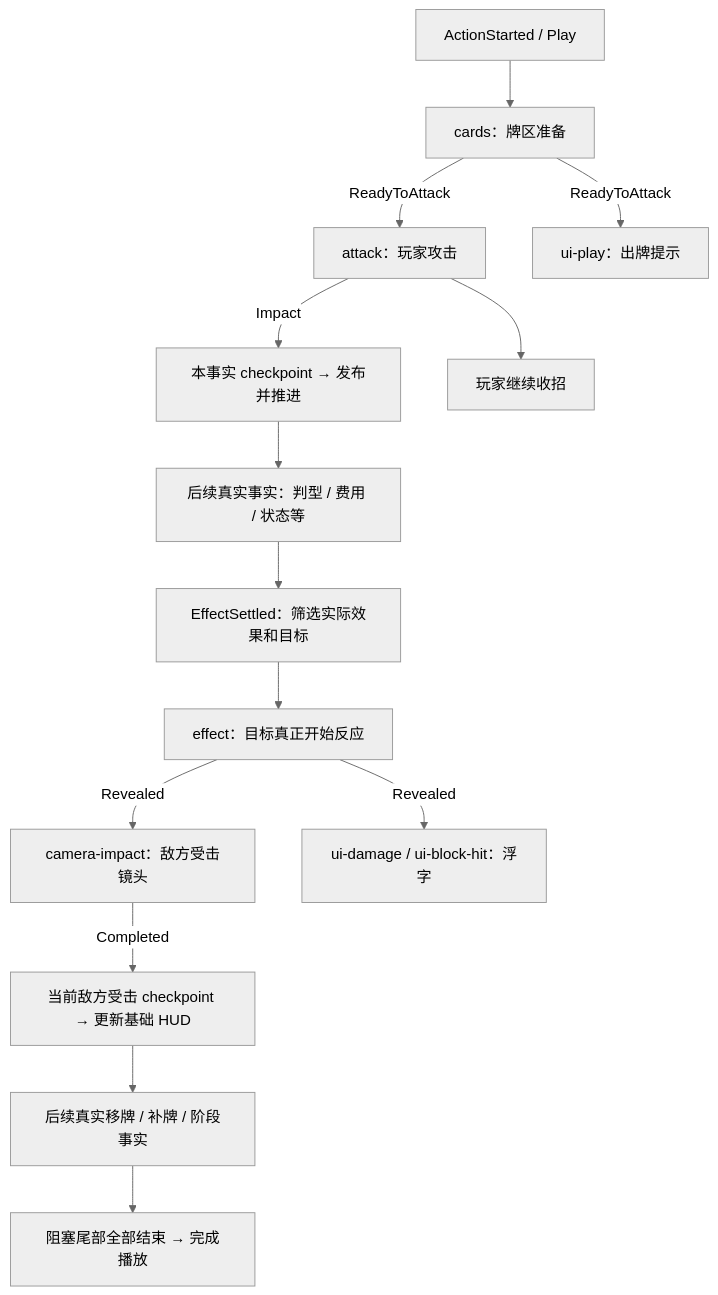
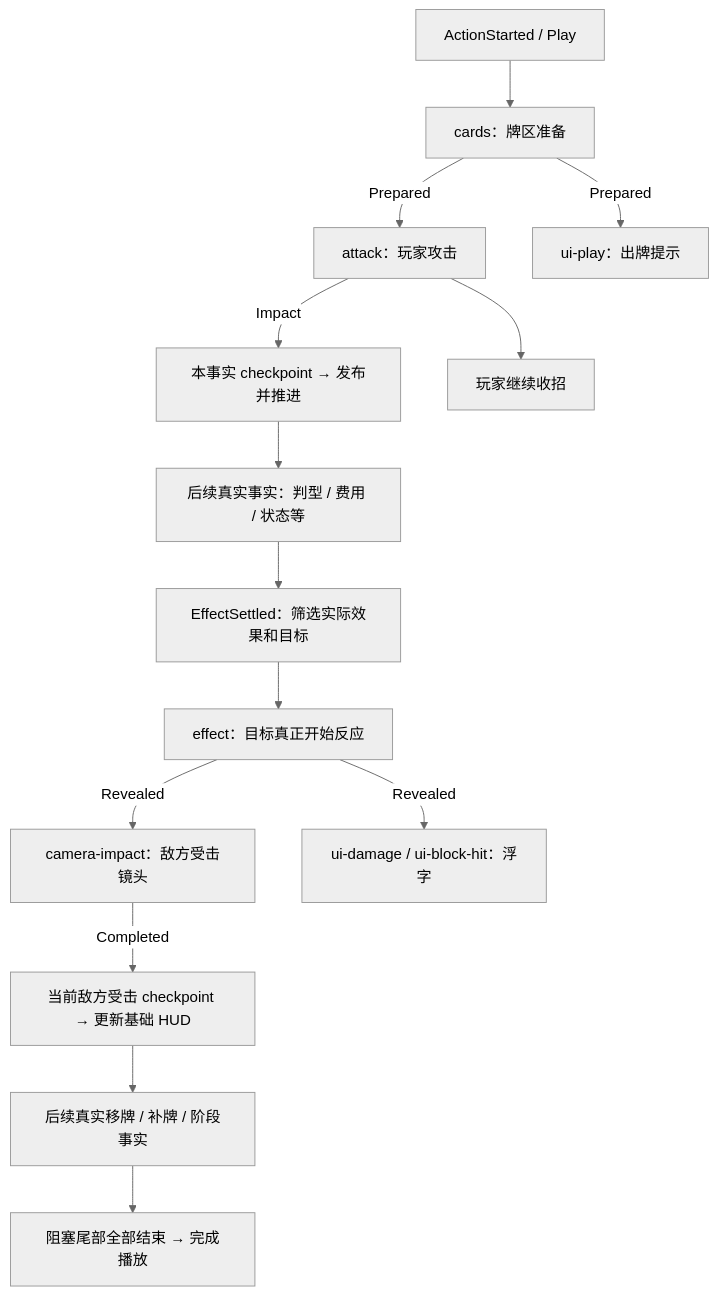
Before and after one commit to Kaya-s-Casino-Group/Texas-Holdem: the diagram in Tools/BattlePresentationTimelineConfiguration.md, drawn with Mermaid (neutral theme). The commit also changed other lines of this file and 97 other files, not shown here.

````diff
--- a/Tools/BattlePresentationTimelineConfiguration.md
+++ b/Tools/BattlePresentationTimelineConfiguration.md
@@ -29,16 +29,16 @@
 ```mermaid
 flowchart TD
   A[ActionStarted / Play] --> B[cards：牌区准备]
-  B -->|ReadyToAttack| C[attack：玩家攻击]
-  B -->|ReadyToAttack| U[ui-play：出牌提示]
+  B -->|Prepared| C[attack：玩家攻击]
+  B -->|Prepared| U[ui-play：出牌提示]
   C -->|Impact| D[本事实 checkpoint → 发布并推进]
   C --> T[玩家继续收招]
   D --> E[后续真实事实：判型 / 费用 / 状态等]
   E --> F[EffectSettled：筛选实际效果和目标]
   F --> G[effect：目标真正开始反应]
   G -->|Revealed| H[camera-impact：敌方受击镜头]
   G -->|Revealed| I[ui-damage / ui-block-hit：浮字]
   H -->|Completed| J[当前敌方受击 checkpoint → 更新基础 HUD]
   J --> K[后续真实移牌 / 补牌 / 阶段事实]
   K --> L[阻塞尾部全部结束 → 完成播放]
 ```
````
